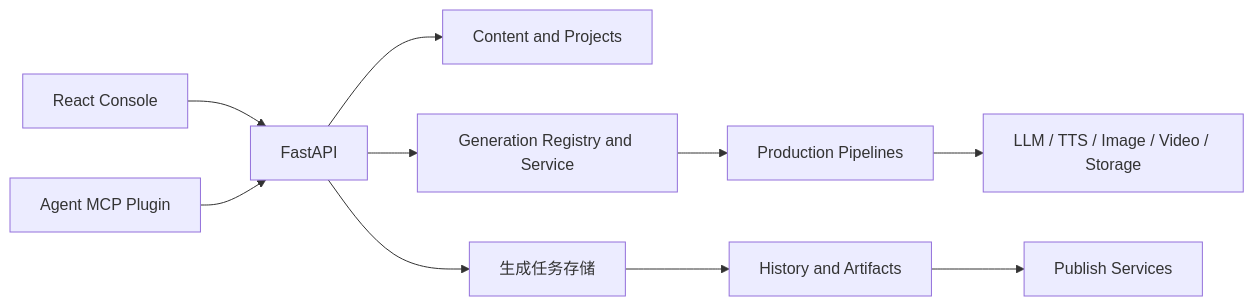
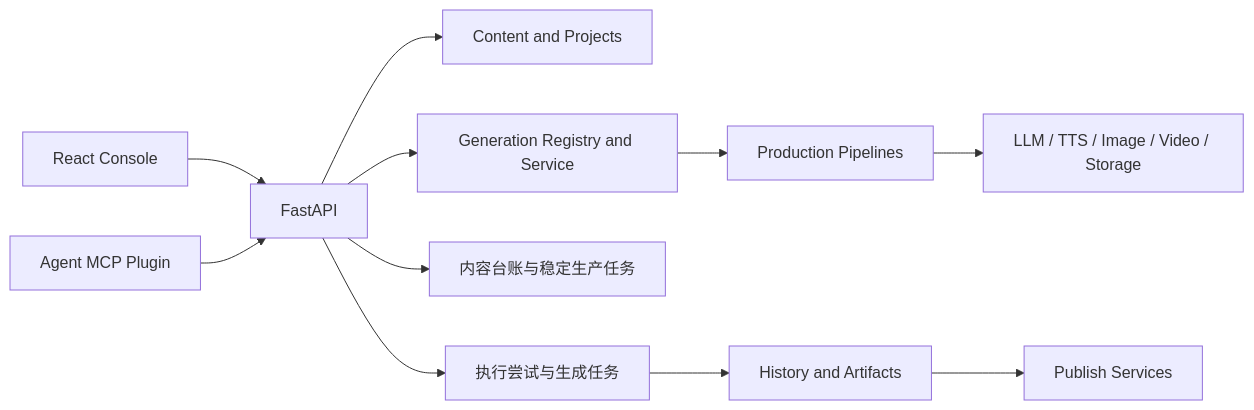
One commit to zhihao93li/Pixelle-Video-plus changed the diagram in docs/zh/product/current-product.md. Above: the diagram before and after it, drawn with Mermaid. The commit also changed other lines of this file and 310 other files, not shown here.

````diff
--- a/docs/zh/product/current-product.md
+++ b/docs/zh/product/current-product.md
@@ -29,12 +31,13 @@
 ```mermaid
 flowchart LR
     UI[React Console] --> API[FastAPI]
     Agent[Agent MCP Plugin] --> API
     API --> Content[Content and Projects]
     API --> Generation[Generation Registry and Service]
-    API --> Tasks[生成任务存储]
+    API --> Ledger[内容台账与稳定生产任务]
+    API --> Tasks[执行尝试与生成任务]
     Generation --> Pipelines[Production Pipelines]
     Pipelines --> Services[LLM / TTS / Image / Video / Storage]
     Tasks --> History[History and Artifacts]
     History --> Publish[Publish Services]
 ```
````
